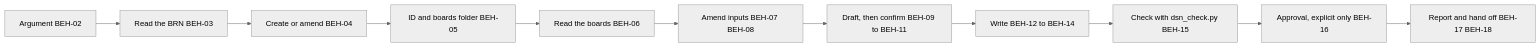
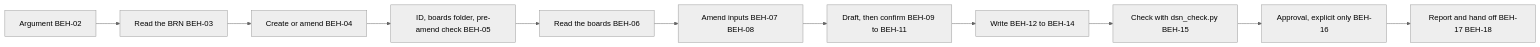
The diagram in docs/specs/spec/SPEC-017.md (bankielewicz/DevForgeAI), drawn with Mermaid (neutral theme) before and after one commit. The commit also changed other lines of this file and 3 other files, not shown here.

````diff
--- a/docs/specs/spec/SPEC-017.md
+++ b/docs/specs/spec/SPEC-017.md
@@ -136,13 +137,13 @@
 ```mermaid
 flowchart LR
     A[Argument BEH-02] --> R[Read the BRN BEH-03]
     R --> C[Create or amend BEH-04]
-    C --> N[ID and boards folder BEH-05]
+    C --> N[ID, boards folder, pre-amend check BEH-05]
     N --> B[Read the boards BEH-06]
     B --> M[Amend inputs BEH-07 BEH-08]
     M --> Q[Draft, then confirm BEH-09 to BEH-11]
     Q --> W[Write BEH-12 to BEH-14]
     W --> V[Check with dsn_check.py BEH-15]
     V --> K[Approval, explicit only BEH-16]
     K --> H[Report and hand off BEH-17 BEH-18]
 ```
````
